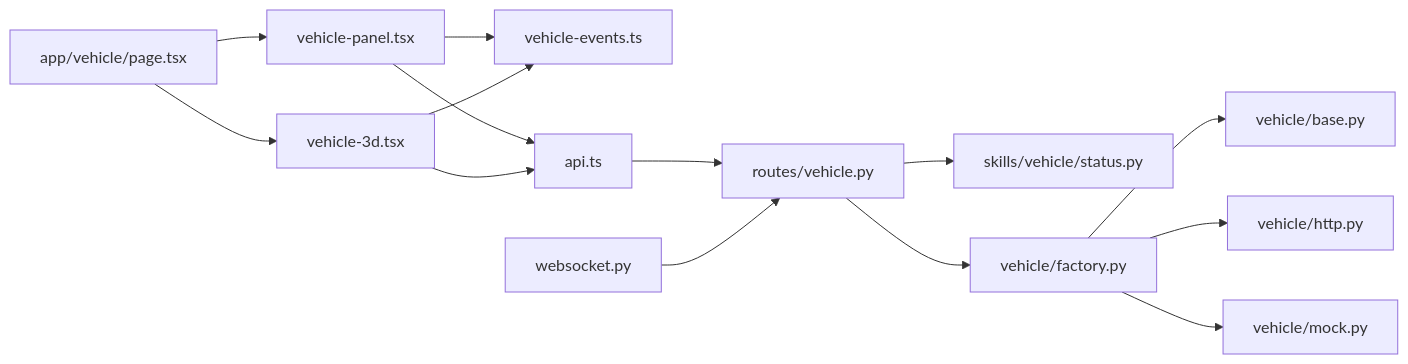
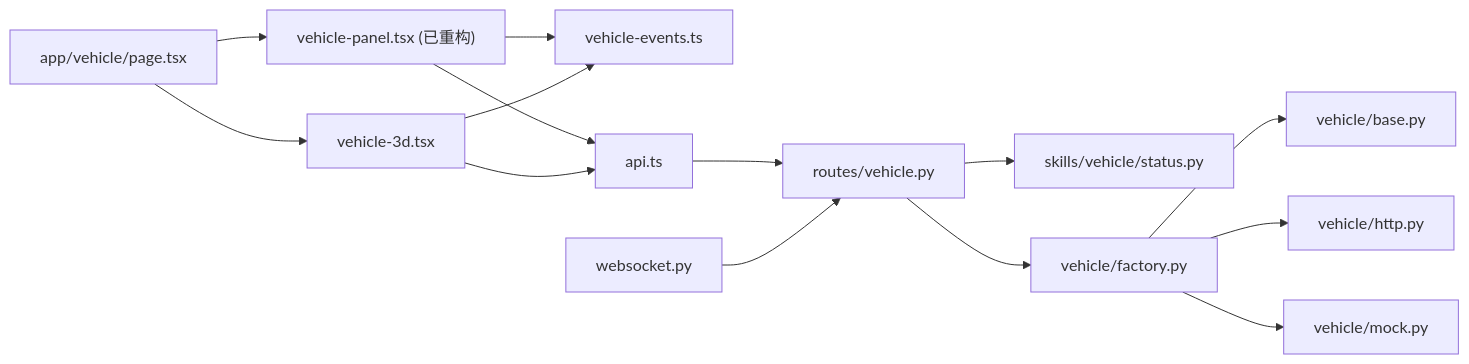
One commit to zmdhdu/NexusCockpit changed the fifth of 5 diagrams in .qoder/repowiki/zh/content/前端应用架构/功能组件/车辆控制组件.md. Above: the diagram before and after it, drawn with Mermaid. The commit also changed other lines of this file and 16 other files, not shown here.

````diff
--- a/.qoder/repowiki/zh/content/前端应用架构/功能组件/车辆控制组件.md
+++ b/.qoder/repowiki/zh/content/前端应用架构/功能组件/车辆控制组件.md
@@ -322,16 +323,16 @@
 ```mermaid
 graph LR
-Panel["vehicle-panel.tsx"] --> Events["vehicle-events.ts"]
+Panel["vehicle-panel.tsx (已重构)"] --> Events["vehicle-events.ts"]
 Panel --> API["api.ts"]
 V3D["vehicle-3d.tsx"] --> Events
 V3D --> API
 Page["app/vehicle/page.tsx"] --> Panel
 Page --> V3D
 API --> Route["routes/vehicle.py"]
 Route --> Skill["skills/vehicle/status.py"]
 Route --> Factory["vehicle/factory.py"]
 Factory --> Base["vehicle/base.py"]
 Factory --> HTTP["vehicle/http.py"]
 Factory --> Mock["vehicle/mock.py"]
 WS["websocket.py"] --> Route
 ```
````
